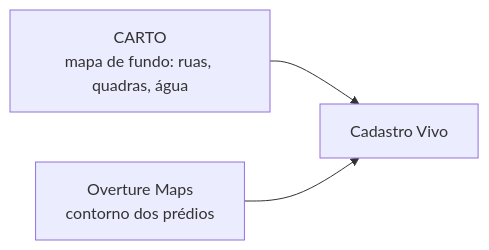
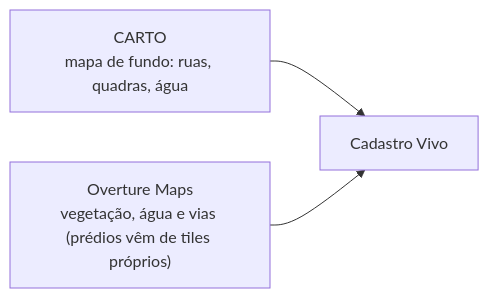
The fifth of 12 diagrams in docs/GUIA-DO-PROJETO.md (pedrovitorsilva/tcc_teste), drawn with Mermaid before and after one commit. The commit also changed other lines of this file and 825 other files, not shown here.

````diff
--- a/docs/GUIA-DO-PROJETO.md
+++ b/docs/GUIA-DO-PROJETO.md
@@ -233,5 +266,5 @@
 ```mermaid
 flowchart LR
     carto["CARTO<br/>mapa de fundo: ruas, quadras, água"] --> app["Cadastro Vivo"]
-    overture["Overture Maps<br/>contorno dos prédios"] --> app
+    overture["Overture Maps<br/>vegetação, água e vias (prédios vêm de tiles próprios)"] --> app
 ```
````
